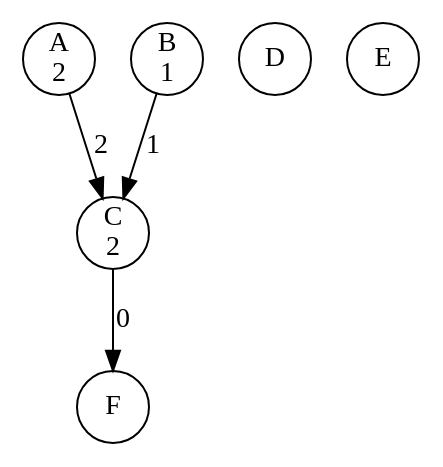
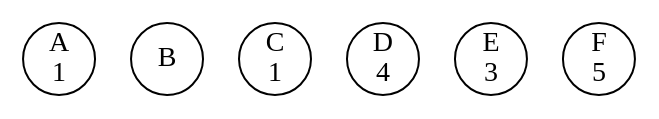
The diagram in concurrency-lab-2/bank/out/0000000005.gv (li23179/GO), drawn with Graphviz before and after one commit. The commit also changed 25 other files, not shown here.

```diff
--- a/concurrency-lab-2/bank/out/0000000005.gv
+++ b/concurrency-lab-2/bank/out/0000000005.gv
@@ -1,11 +1,8 @@
 digraph bank {
-	 0 [label= "A\n2" , pos= "1,0!" , shape=circle, fixedsize=true, width=0.5 ]
-	 1 [label= "B\n1" , pos= "0,1!" , shape=circle, fixedsize=true, width=0.5 ]
-	 2 [label= "C\n2" , pos= "1,2!" , shape=circle, fixedsize=true, width=0.5 ]
-	 3 [label= "D\n" , pos= "2,2!" , shape=circle, fixedsize=true, width=0.5 ]
-	 4 [label= "E\n" , pos= "3,1!" , shape=circle, fixedsize=true, width=0.5 ]
-	 5 [label= "F\n" , pos= "2,0!" , shape=circle, fixedsize=true, width=0.5 ]
-	 "0" -> "2" [label= "2" ]
-	 "1" -> "2" [label= "1" ]
-	 "2" -> "5" [label= "0" ]
+	 0 [label= "A\n1" , pos= "1,0!" , shape=circle, fixedsize=true, width=0.5 ]
+	 1 [label= "B\n" , pos= "0,1!" , shape=circle, fixedsize=true, width=0.5 ]
+	 2 [label= "C\n1" , pos= "1,2!" , shape=circle, fixedsize=true, width=0.5 ]
+	 3 [label= "D\n4" , pos= "2,2!" , shape=circle, fixedsize=true, width=0.5 ]
+	 4 [label= "E\n3" , pos= "3,1!" , shape=circle, fixedsize=true, width=0.5 ]
+	 5 [label= "F\n5" , pos= "2,0!" , shape=circle, fixedsize=true, width=0.5 ]
 }
```
